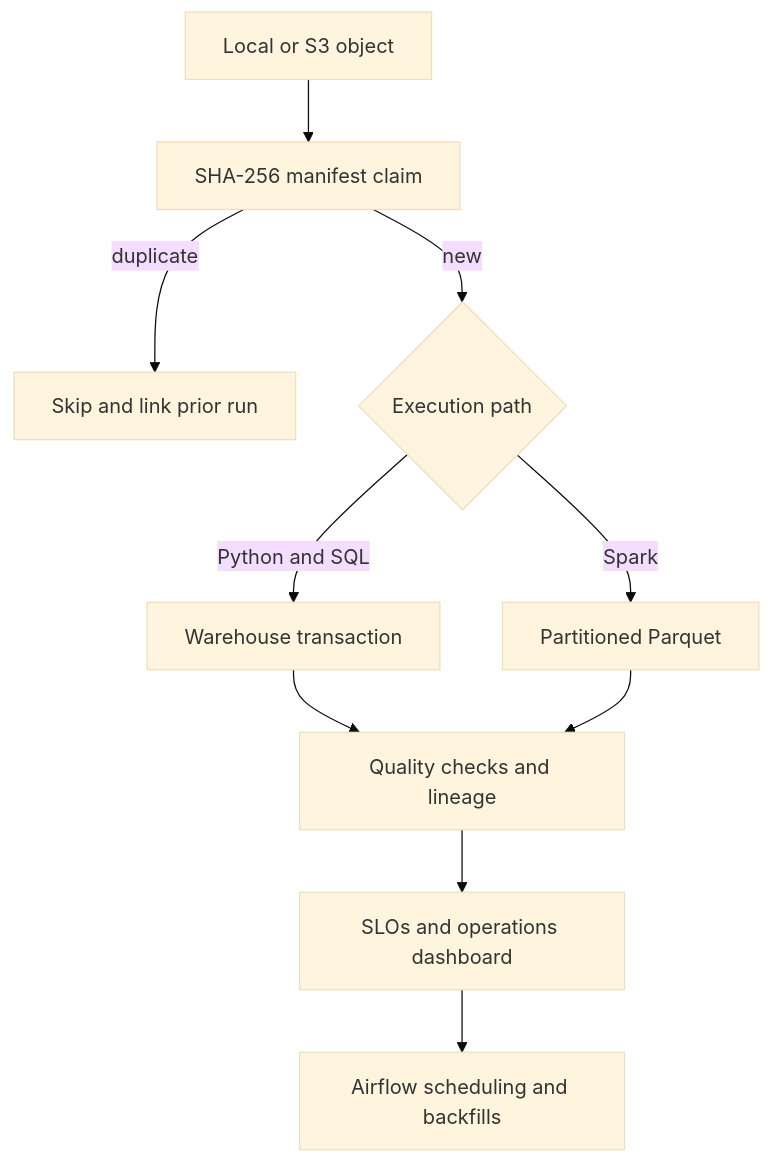
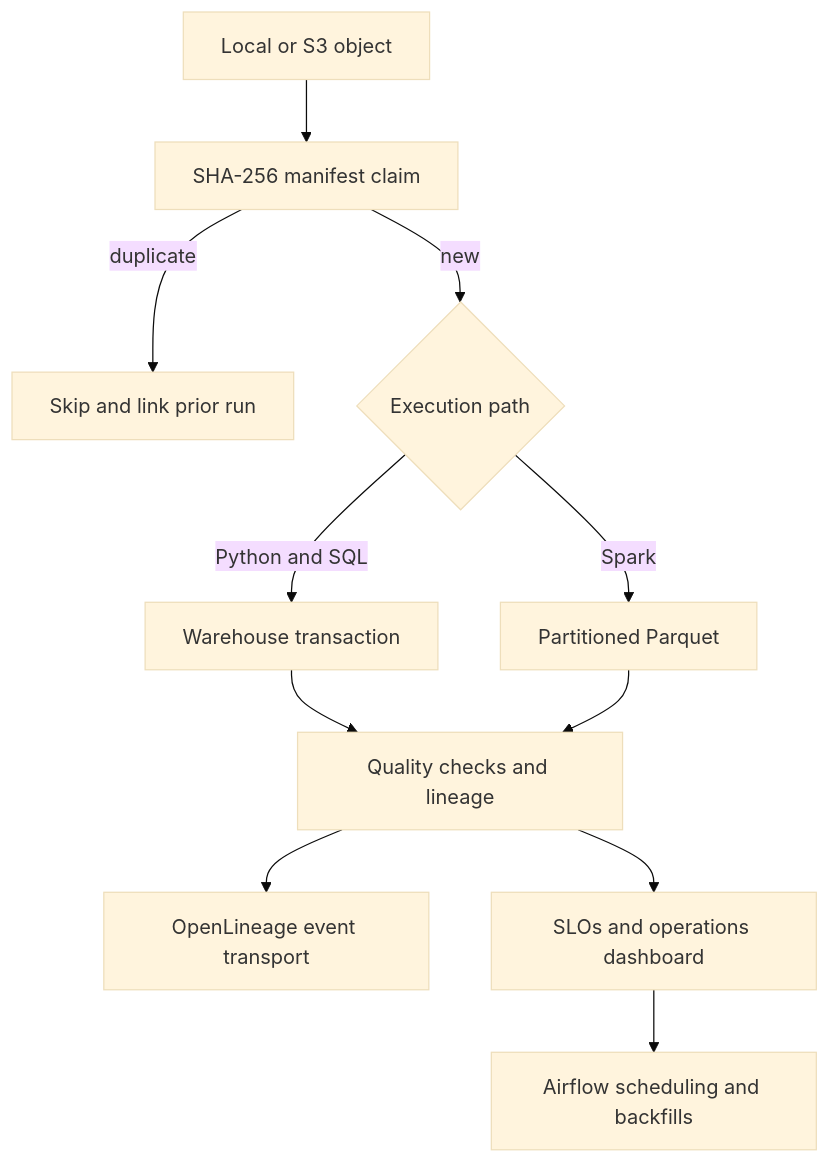
The first of 4 diagrams in docs/architecture.md (kdgmax/production-data-platform), drawn with Mermaid (base theme) before and after one commit. The commit also changed other lines of this file and 16 other files, not shown here.

First line of the commit message:
Add OpenLineage across warehouse, Spark, and Airflow (#9)

````diff
--- a/docs/architecture.md
+++ b/docs/architecture.md
@@ -12,12 +12,13 @@
 ```mermaid
 flowchart TD
     A["Local or S3 object"] --> B["SHA-256 manifest claim"]
     B -->|duplicate| C["Skip and link prior run"]
     B -->|new| D{"Execution path"}
     D -->|Python and SQL| E["Warehouse transaction"]
     D -->|Spark| F["Partitioned Parquet"]
     E --> G["Quality checks and lineage"]
     F --> G
-    G --> H["SLOs and operations dashboard"]
-    H --> I["Airflow scheduling and backfills"]
+    G --> H["OpenLineage event transport"]
+    G --> I["SLOs and operations dashboard"]
+    I --> J["Airflow scheduling and backfills"]
 ```
````
